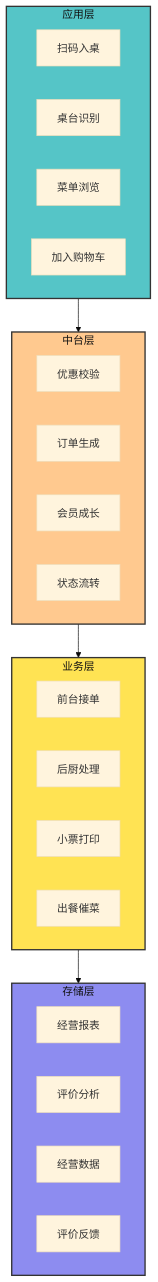
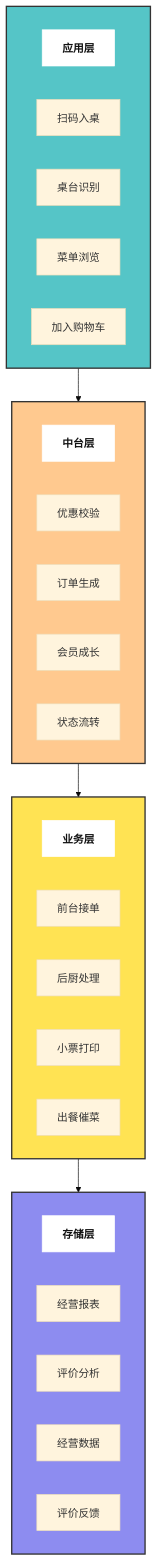
One commit to meisijiya/DIANCAN-SYSTEM changed the third of 3 diagrams in readme.md. Above: the diagram before and after it, drawn with Mermaid (base theme). The commit also changed other lines of this file, not shown here.

````diff
--- a/readme.md
+++ b/readme.md
@@ -339,39 +349,51 @@
 ```mermaid
 flowchart TB
-    subgraph User[应用层]
+    subgraph R1[ ]
+        direction LR
+        L1[应用层]
         A[扫码入桌]
         B[桌台识别]
         C[菜单浏览]
         D[加入购物车]
     end
 
-    subgraph Core[中台层]
+    subgraph R2[ ]
+        direction LR
+        L2[中台层]
         RULE[优惠校验]
         ORDER[订单生成]
         MEMBER[会员成长]
         STATE[状态流转]
     end
 
-    subgraph Store[业务层]
+    subgraph R3[ ]
+        direction LR
+        L3[业务层]
         ACCEPT[前台接单]
         KITCHEN[后厨处理]
         PRINT[小票打印]
         SERVE[出餐催菜]
     end
 
-    subgraph Result[存储层]
+    subgraph R4[ ]
+        direction LR
+        L4[存储层]
         REPORT[经营报表]
         REVIEW[评价分析]
         DATA[经营数据]
         FEEDBACK[评价反馈]
     end
 
-    User --> Core
-    Core --> Store
-    Store --> Result
+    R1 --> R2
+    R2 --> R3
+    R3 --> R4
 
-    style User fill:#55c5c7,stroke:#333,stroke-width:2px,color:#111
-    style Core fill:#ffc98f,stroke:#333,stroke-width:2px,color:#111
-    style Store fill:#ffe353,stroke:#333,stroke-width:2px,color:#111
-    style Result fill:#8d8cf0,stroke:#333,stroke-width:2px,color:#111
+    style R1 fill:#55c5c7,stroke:#333,stroke-width:2px,color:#111
+    style R2 fill:#ffc98f,stroke:#333,stroke-width:2px,color:#111
+    style R3 fill:#ffe353,stroke:#333,stroke-width:2px,color:#111
+    style R4 fill:#8d8cf0,stroke:#333,stroke-width:2px,color:#111
+    style L1 fill:#ffffff,stroke:#ffffff,color:#111,font-weight:bold
+    style L2 fill:#ffffff,stroke:#ffffff,color:#111,font-weight:bold
+    style L3 fill:#ffffff,stroke:#ffffff,color:#111,font-weight:bold
+    style L4 fill:#ffffff,stroke:#ffffff,color:#111,font-weight:bold
 ```
````
